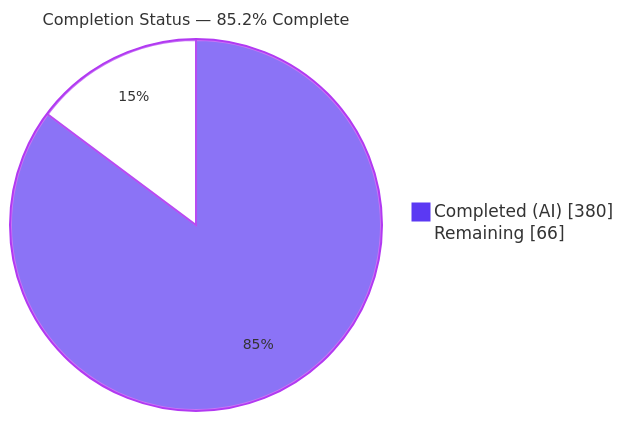
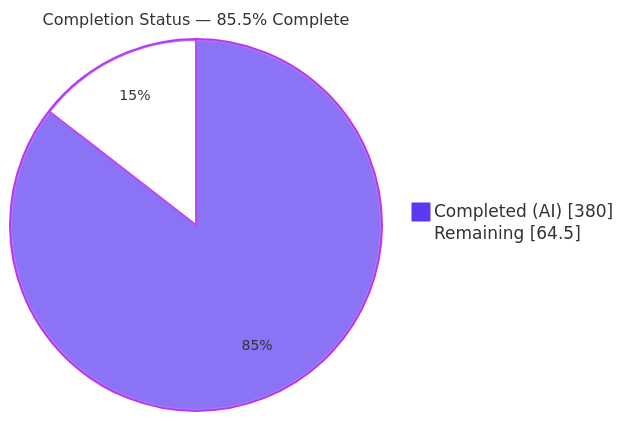
The first of 4 diagrams in blitzy/documentation/Project Guide.md (blitzy-public-samples/freeswitch), drawn with Mermaid before and after one commit. The commit also changed other lines of this file and 11 other files, not shown here.

````diff
--- a/blitzy/documentation/Project Guide.md
+++ b/blitzy/documentation/Project Guide.md
@@ -20,6 +20,6 @@
 ```mermaid
 %%{init: {"theme":"base","themeVariables":{"pie1":"#5B39F3","pie2":"#FFFFFF","pieStrokeColor":"#B23AF2","pieStrokeWidth":"2px","pieOuterStrokeColor":"#B23AF2","pieTitleTextSize":"16px","pieSectionTextSize":"14px"}}}%%
-pie showData title Completion Status — 85.2% Complete
+pie showData title Completion Status — 85.5% Complete
     "Completed (AI)" : 380
-    "Remaining" : 66
+    "Remaining" : 64.5
 ```
````
